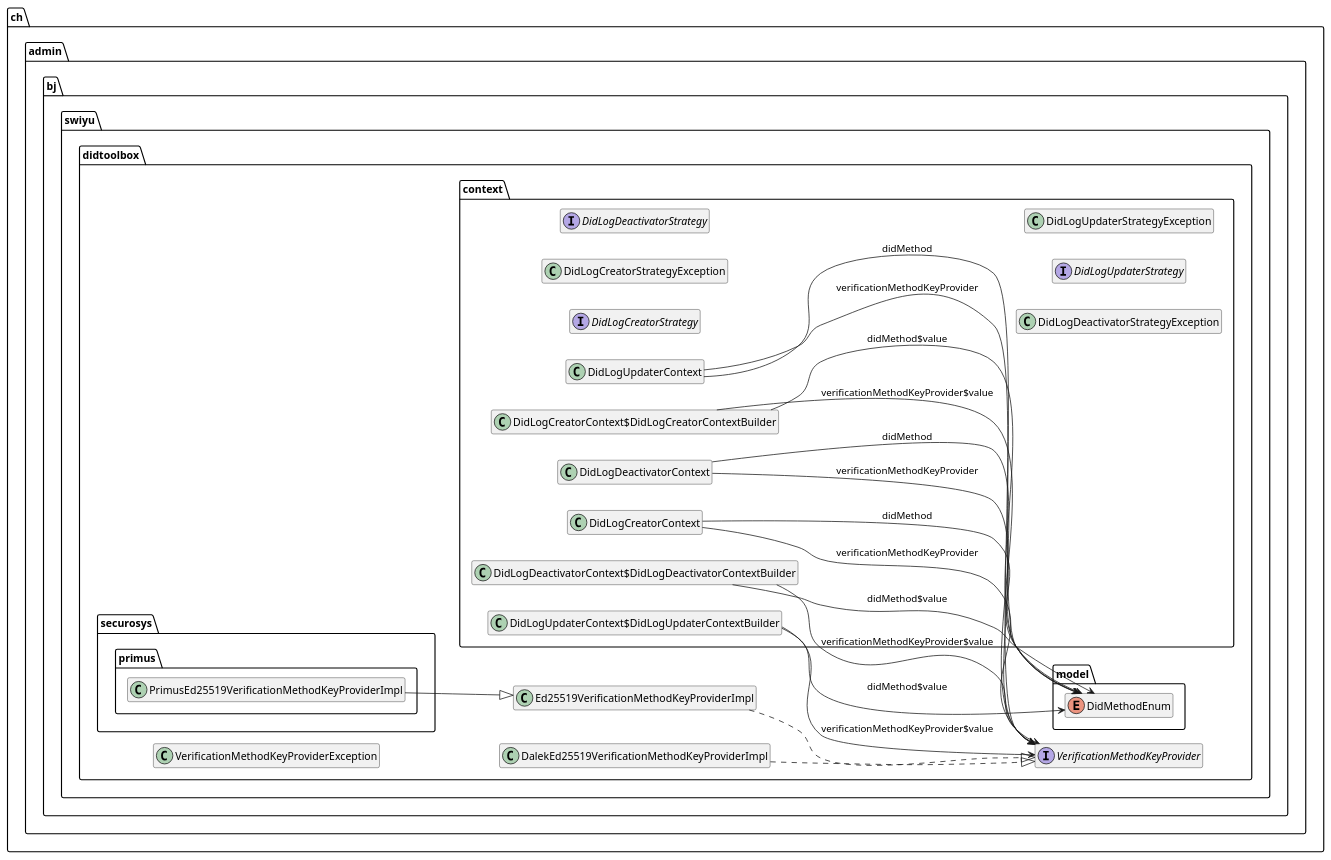
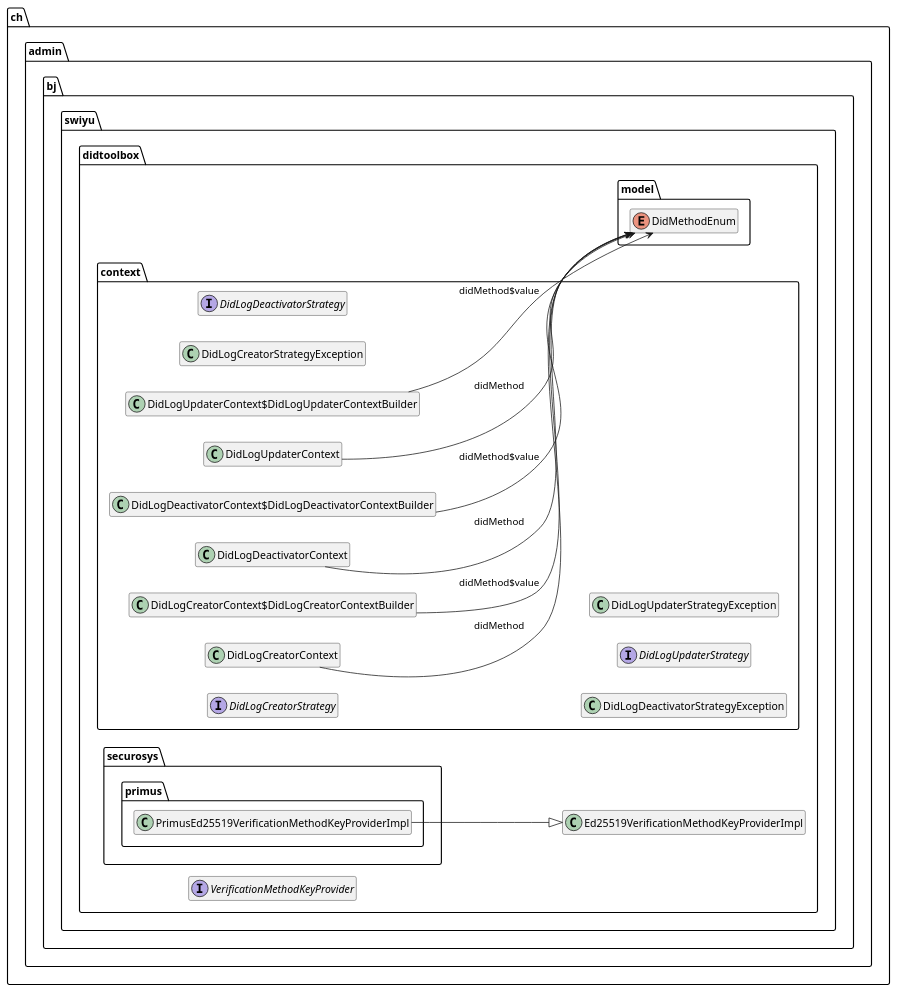
One commit to swiyu-admin-ch/didtoolbox-java changed the diagram in src/main/plantuml/didtoolbox-api-classes-only.puml. Above: the diagram before and after it, drawn with PlantUML. The commit also changed 68 other files, not shown here.

```diff
--- a/src/main/plantuml/didtoolbox-api-classes-only.puml
+++ b/src/main/plantuml/didtoolbox-api-classes-only.puml
@@ -2,154 +2,133 @@
 @startuml
 
 left to right direction
 
 
-class ch.admin.bj.swiyu.didtoolbox.DalekEd25519VerificationMethodKeyProviderImpl {
-	{field} #cryptoSuite : ch.admin.eid.did_sidekicks.EddsaJcs2022Cryptosuite
-	{field} #signingKey : ch.admin.eid.did_sidekicks.Ed25519SigningKey
-	{method} +addEddsaJcs2022DataIntegrityProof ( paramString1 : String , paramString2 : String , paramString3 : String , paramZonedDateTime4 : java.time.ZonedDateTime ) : String
-	{method} +generateSignature ( param[B1 : [B ) : [B
-	{method} +getVerificationKeyMultibase () : String
-	{method} +isKeyMultibaseInSet ( paramSet1 : java.util.Set ) : boolean
-	{method} +writePublicKeyPemFile ( paramFile1 : java.io.File ) : void
-}
-
-
 class ch.admin.bj.swiyu.didtoolbox.Ed25519VerificationMethodKeyProviderImpl {
 	{field} #keyPair : java.security.KeyPair
 	{field} #provider : java.security.Provider
-	{method} +addEddsaJcs2022DataIntegrityProof ( paramString1 : String , paramString2 : String , paramString3 : String , paramZonedDateTime4 : java.time.ZonedDateTime ) : String
-	{method} +generateSignature ( param[B1 : [B ) : [B
+	{method} +addProof ( paramString1 : String , paramString2 : String , paramString3 : String , paramZonedDateTime4 : java.time.ZonedDateTime ) : String
+	{method} +generateSignature ( param[B1 : [B ) : [B <<deprecated>> 
 	{method} +getVerificationKeyMultibase () : String
 	{method} +isKeyMultibaseInSet ( paramSet1 : java.util.Set ) : boolean
 	{method} +writePublicKeyAsPem ( paramFile1 : java.io.File ) : void
 }
 
 
 interface ch.admin.bj.swiyu.didtoolbox.VerificationMethodKeyProvider {
-	{method}  {abstract} +addEddsaJcs2022DataIntegrityProof ( paramString1 : String , paramString2 : String , paramString3 : String , paramZonedDateTime4 : java.time.ZonedDateTime ) : String
 	{method}  {abstract} +generateSignature ( param[B1 : [B ) : [B
 	{method}  {abstract} +getVerificationKeyMultibase () : String
 	{method}  {abstract} +isKeyMultibaseInSet ( paramSet1 : java.util.Set ) : boolean
-}
-
-
-class ch.admin.bj.swiyu.didtoolbox.VerificationMethodKeyProviderException {
 }
 
 
 class ch.admin.bj.swiyu.didtoolbox.context.DidLogCreatorContext {
 	{method} +create ( paramURL1 : java.net.URL ) : String
 }
 
 
 class ch.admin.bj.swiyu.didtoolbox.context.DidLogCreatorContext$DidLogCreatorContextBuilder {
 	{method} +assertionMethodKeys ( paramMap1 : java.util.Map ) : ch.admin.bj.swiyu.didtoolbox.context.DidLogCreatorContext$DidLogCreatorContextBuilder
 	{method} +authenticationKeys ( paramMap1 : java.util.Map ) : ch.admin.bj.swiyu.didtoolbox.context.DidLogCreatorContext$DidLogCreatorContextBuilder
 	{method} +build () : ch.admin.bj.swiyu.didtoolbox.context.DidLogCreatorContext
+	{method} +cryptographicSuite ( paramVcDataIntegrityCryptographicSuite1 : ch.admin.bj.swiyu.didtoolbox.vc_data_integrity.VcDataIntegrityCryptographicSuite ) : ch.admin.bj.swiyu.didtoolbox.context.DidLogCreatorContext$DidLogCreatorContextBuilder
 	{method} +didMethod ( paramDidMethodEnum1 : ch.admin.bj.swiyu.didtoolbox.model.DidMethodEnum ) : ch.admin.bj.swiyu.didtoolbox.context.DidLogCreatorContext$DidLogCreatorContextBuilder
 	{method} +forceOverwrite ( paramboolean1 : boolean ) : ch.admin.bj.swiyu.didtoolbox.context.DidLogCreatorContext$DidLogCreatorContextBuilder
 	{method} +nextKeys ( paramSet1 : java.util.Set ) : ch.admin.bj.swiyu.didtoolbox.context.DidLogCreatorContext$DidLogCreatorContextBuilder
 	{method} +toString () : String
 	{method} +updateKeys ( paramSet1 : java.util.Set ) : ch.admin.bj.swiyu.didtoolbox.context.DidLogCreatorContext$DidLogCreatorContextBuilder
-	{method} +verificationMethodKeyProvider ( paramVerificationMethodKeyProvider1 : ch.admin.bj.swiyu.didtoolbox.VerificationMethodKeyProvider ) : ch.admin.bj.swiyu.didtoolbox.context.DidLogCreatorContext$DidLogCreatorContextBuilder
+	{method} +verificationMethodKeyProvider ( paramVcDataIntegrityCryptographicSuite1 : ch.admin.bj.swiyu.didtoolbox.vc_data_integrity.VcDataIntegrityCryptographicSuite ) : ch.admin.bj.swiyu.didtoolbox.context.DidLogCreatorContext$DidLogCreatorContextBuilder <<deprecated>> 
 }
 
 
 interface ch.admin.bj.swiyu.didtoolbox.context.DidLogCreatorStrategy {
 	{method}  {abstract} +createDidLog ( paramURL1 : java.net.URL ) : String
 	{method}  {abstract} +createDidLog ( paramURL1 : java.net.URL , paramZonedDateTime2 : java.time.ZonedDateTime ) : String
 }
 
 
 class ch.admin.bj.swiyu.didtoolbox.context.DidLogCreatorStrategyException {
 }
 
 
 class ch.admin.bj.swiyu.didtoolbox.context.DidLogDeactivatorContext {
 	{method} +deactivate ( paramString1 : String ) : String
 	{method} +deactivate ( paramFile1 : java.io.File ) : String
 }
 
 
 class ch.admin.bj.swiyu.didtoolbox.context.DidLogDeactivatorContext$DidLogDeactivatorContextBuilder {
 	{method} +build () : ch.admin.bj.swiyu.didtoolbox.context.DidLogDeactivatorContext
+	{method} +cryptographicSuite ( paramVcDataIntegrityCryptographicSuite1 : ch.admin.bj.swiyu.didtoolbox.vc_data_integrity.VcDataIntegrityCryptographicSuite ) : ch.admin.bj.swiyu.didtoolbox.context.DidLogDeactivatorContext$DidLogDeactivatorContextBuilder
 	{method} +didMethod ( paramDidMethodEnum1 : ch.admin.bj.swiyu.didtoolbox.model.DidMethodEnum ) : ch.admin.bj.swiyu.didtoolbox.context.DidLogDeactivatorContext$DidLogDeactivatorContextBuilder
 	{method} +toString () : String
-	{method} +verificationMethodKeyProvider ( paramVerificationMethodKeyProvider1 : ch.admin.bj.swiyu.didtoolbox.VerificationMethodKeyProvider ) : ch.admin.bj.swiyu.didtoolbox.context.DidLogDeactivatorContext$DidLogDeactivatorContextBuilder
+	{method} +verificationMethodKeyProvider ( paramVcDataIntegrityCryptographicSuite1 : ch.admin.bj.swiyu.didtoolbox.vc_data_integrity.VcDataIntegrityCryptographicSuite ) : ch.admin.bj.swiyu.didtoolbox.context.DidLogDeactivatorContext$DidLogDeactivatorContextBuilder <<deprecated>> 
 }
 
 
 interface ch.admin.bj.swiyu.didtoolbox.context.DidLogDeactivatorStrategy {
 	{method}  {abstract} +deactivateDidLog ( paramString1 : String ) : String
 	{method}  {abstract} +deactivateDidLog ( paramFile1 : java.io.File ) : String
 	{method}  {abstract} +deactivateDidLog ( paramString1 : String , paramZonedDateTime2 : java.time.ZonedDateTime ) : String
 }
 
 
 class ch.admin.bj.swiyu.didtoolbox.context.DidLogDeactivatorStrategyException {
 }
 
 
 class ch.admin.bj.swiyu.didtoolbox.context.DidLogUpdaterContext {
 	{method} +update ( paramString1 : String ) : String
 	{method} +update ( paramFile1 : java.io.File ) : String
 }
 
 
 class ch.admin.bj.swiyu.didtoolbox.context.DidLogUpdaterContext$DidLogUpdaterContextBuilder {
 	{method} +assertionMethodKeys ( paramMap1 : java.util.Map ) : ch.admin.bj.swiyu.didtoolbox.context.DidLogUpdaterContext$DidLogUpdaterContextBuilder
 	{method} +authenticationKeys ( paramMap1 : java.util.Map ) : ch.admin.bj.swiyu.didtoolbox.context.DidLogUpdaterContext$DidLogUpdaterContextBuilder
 	{method} +build () : ch.admin.bj.swiyu.didtoolbox.context.DidLogUpdaterContext
+	{method} +cryptographicSuite ( paramVcDataIntegrityCryptographicSuite1 : ch.admin.bj.swiyu.didtoolbox.vc_data_integrity.VcDataIntegrityCryptographicSuite ) : ch.admin.bj.swiyu.didtoolbox.context.DidLogUpdaterContext$DidLogUpdaterContextBuilder
 	{method} +didMethod ( paramDidMethodEnum1 : ch.admin.bj.swiyu.didtoolbox.model.DidMethodEnum ) : ch.admin.bj.swiyu.didtoolbox.context.DidLogUpdaterContext$DidLogUpdaterContextBuilder
 	{method} +nextKeys ( paramSet1 : java.util.Set ) : ch.admin.bj.swiyu.didtoolbox.context.DidLogUpdaterContext$DidLogUpdaterContextBuilder
 	{method} +toString () : String
 	{method} +updateKeys ( paramSet1 : java.util.Set ) : ch.admin.bj.swiyu.didtoolbox.context.DidLogUpdaterContext$DidLogUpdaterContextBuilder
-	{method} +verificationMethodKeyProvider ( paramVerificationMethodKeyProvider1 : ch.admin.bj.swiyu.didtoolbox.VerificationMethodKeyProvider ) : ch.admin.bj.swiyu.didtoolbox.context.DidLogUpdaterContext$DidLogUpdaterContextBuilder
+	{method} +verificationMethodKeyProvider ( paramVcDataIntegrityCryptographicSuite1 : ch.admin.bj.swiyu.didtoolbox.vc_data_integrity.VcDataIntegrityCryptographicSuite ) : ch.admin.bj.swiyu.didtoolbox.context.DidLogUpdaterContext$DidLogUpdaterContextBuilder <<deprecated>> 
 }
 
 
 interface ch.admin.bj.swiyu.didtoolbox.context.DidLogUpdaterStrategy {
 	{method}  {abstract} +updateDidLog ( paramString1 : String ) : String
 	{method}  {abstract} +updateDidLog ( paramFile1 : java.io.File ) : String
 	{method}  {abstract} +updateDidLog ( paramString1 : String , paramZonedDateTime2 : java.time.ZonedDateTime ) : String
 }
 
 
 class ch.admin.bj.swiyu.didtoolbox.context.DidLogUpdaterStrategyException {
 }
 
 
 enum ch.admin.bj.swiyu.didtoolbox.model.DidMethodEnum {
 	{field} +TDW_0_3
 	{field} +WEBVH_1_0
 }
 
 
 class ch.admin.bj.swiyu.didtoolbox.securosys.primus.PrimusEd25519VerificationMethodKeyProviderImpl {
 	{method} +generateSignature ( param[B1 : [B ) : [B
 }
 
 
 
 
-ch.admin.bj.swiyu.didtoolbox.DalekEd25519VerificationMethodKeyProviderImpl ..|>  ch.admin.bj.swiyu.didtoolbox.VerificationMethodKeyProvider
-ch.admin.bj.swiyu.didtoolbox.Ed25519VerificationMethodKeyProviderImpl ..|>  ch.admin.bj.swiyu.didtoolbox.VerificationMethodKeyProvider
-ch.admin.bj.swiyu.didtoolbox.context.DidLogCreatorContext -->  ch.admin.bj.swiyu.didtoolbox.VerificationMethodKeyProvider : verificationMethodKeyProvider
 ch.admin.bj.swiyu.didtoolbox.context.DidLogCreatorContext -->  ch.admin.bj.swiyu.didtoolbox.model.DidMethodEnum : didMethod
-ch.admin.bj.swiyu.didtoolbox.context.DidLogCreatorContext$DidLogCreatorContextBuilder -->  ch.admin.bj.swiyu.didtoolbox.VerificationMethodKeyProvider : verificationMethodKeyProvider$value
 ch.admin.bj.swiyu.didtoolbox.context.DidLogCreatorContext$DidLogCreatorContextBuilder -->  ch.admin.bj.swiyu.didtoolbox.model.DidMethodEnum : didMethod$value
-ch.admin.bj.swiyu.didtoolbox.context.DidLogDeactivatorContext -->  ch.admin.bj.swiyu.didtoolbox.VerificationMethodKeyProvider : verificationMethodKeyProvider
 ch.admin.bj.swiyu.didtoolbox.context.DidLogDeactivatorContext -->  ch.admin.bj.swiyu.didtoolbox.model.DidMethodEnum : didMethod
-ch.admin.bj.swiyu.didtoolbox.context.DidLogDeactivatorContext$DidLogDeactivatorContextBuilder -->  ch.admin.bj.swiyu.didtoolbox.VerificationMethodKeyProvider : verificationMethodKeyProvider$value
 ch.admin.bj.swiyu.didtoolbox.context.DidLogDeactivatorContext$DidLogDeactivatorContextBuilder -->  ch.admin.bj.swiyu.didtoolbox.model.DidMethodEnum : didMethod$value
-ch.admin.bj.swiyu.didtoolbox.context.DidLogUpdaterContext -->  ch.admin.bj.swiyu.didtoolbox.VerificationMethodKeyProvider : verificationMethodKeyProvider
 ch.admin.bj.swiyu.didtoolbox.context.DidLogUpdaterContext -->  ch.admin.bj.swiyu.didtoolbox.model.DidMethodEnum : didMethod
-ch.admin.bj.swiyu.didtoolbox.context.DidLogUpdaterContext$DidLogUpdaterContextBuilder -->  ch.admin.bj.swiyu.didtoolbox.VerificationMethodKeyProvider : verificationMethodKeyProvider$value
 ch.admin.bj.swiyu.didtoolbox.context.DidLogUpdaterContext$DidLogUpdaterContextBuilder -->  ch.admin.bj.swiyu.didtoolbox.model.DidMethodEnum : didMethod$value
 ch.admin.bj.swiyu.didtoolbox.securosys.primus.PrimusEd25519VerificationMethodKeyProviderImpl --|>  ch.admin.bj.swiyu.didtoolbox.Ed25519VerificationMethodKeyProviderImpl
 
 hide fields
 hide methods
 
 @enduml
```
